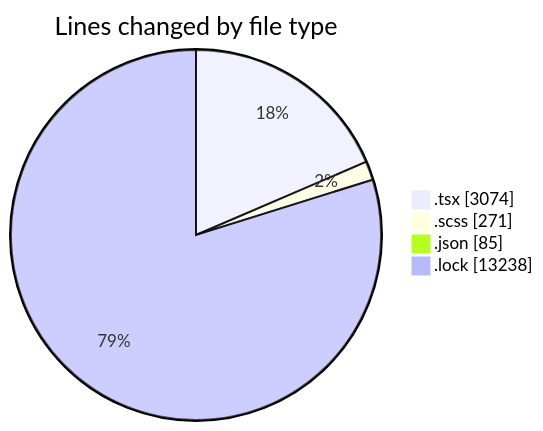
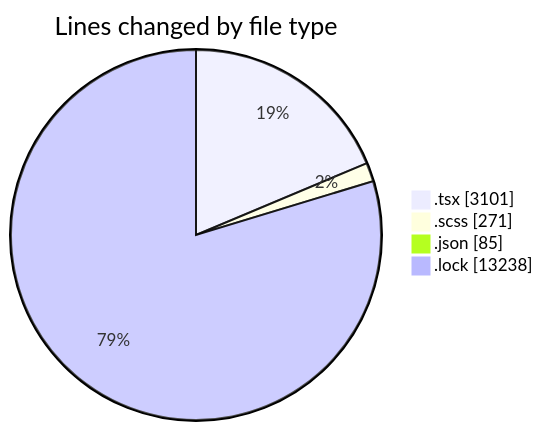
Before and after one commit to momahboobian/code-tracking: the first of 2 diagrams in 2025-11-18/cda/README.md, drawn with Mermaid. The commit also changed other lines of this file and 1 other file, not shown here.

````diff
--- a/2025-11-18/cda/README.md
+++ b/2025-11-18/cda/README.md
@@ -28,8 +28,8 @@
 ```mermaid
 pie showData
 title Lines changed by file type
-".tsx" : 3074
+".tsx" : 3101
 ".scss" : 271
 ".json" : 85
 ".lock" : 13238
 ```
````
